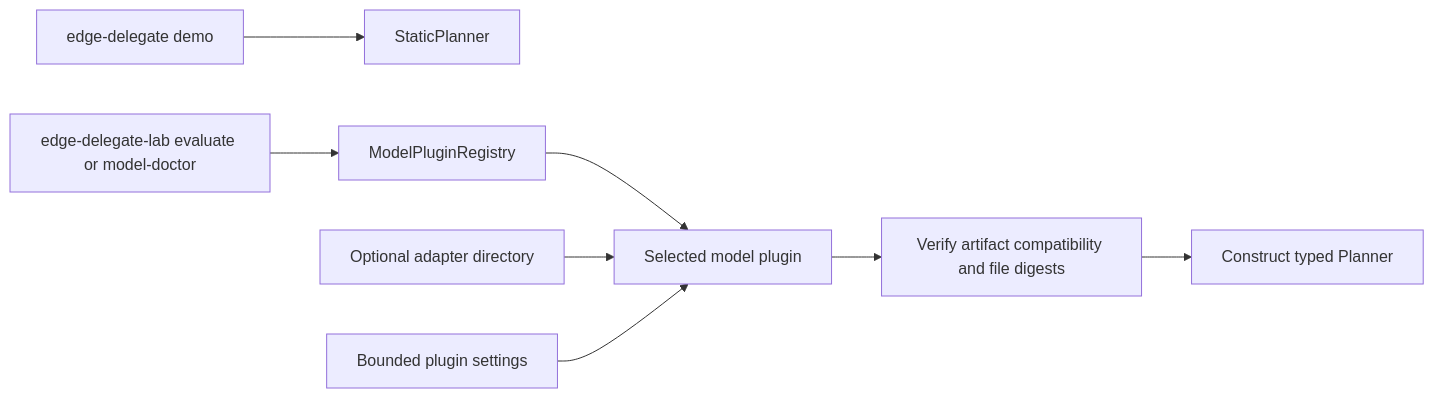
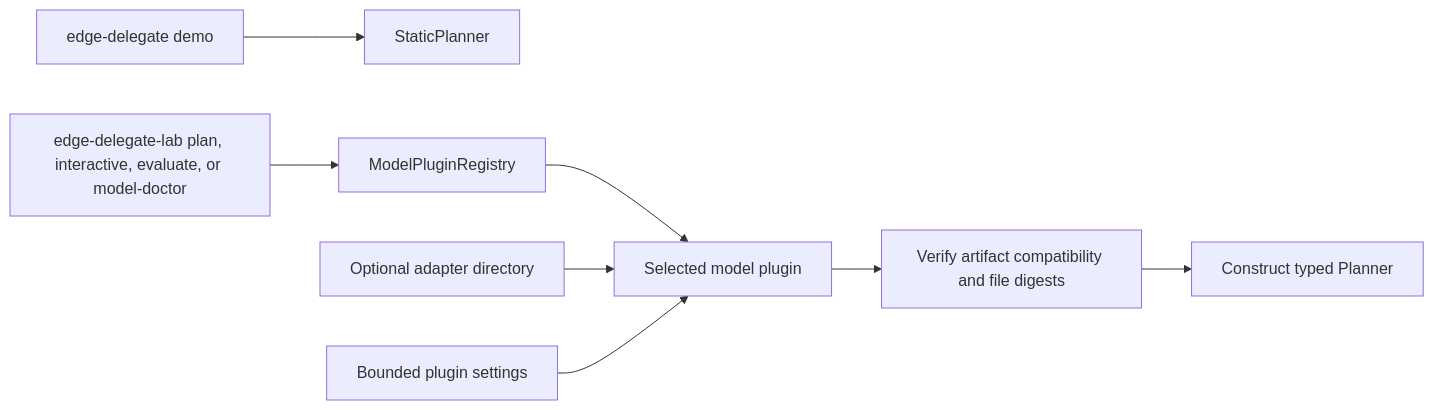
The first of 3 diagrams in docs/system-architecture.md (takuphilchan/edge-delegate), drawn with Mermaid before and after one commit. The commit also changed other lines of this file and 9 other files, not shown here.

First line of the commit message:
Add interactive model query client

````diff
--- a/docs/system-architecture.md
+++ b/docs/system-architecture.md
@@ -48,11 +48,11 @@
 ```mermaid
 flowchart LR
     Demo[edge-delegate demo] --> Static[StaticPlanner]
 
-    Lab[edge-delegate-lab evaluate or model-doctor] --> Registry[ModelPluginRegistry]
+    Lab[edge-delegate-lab plan, interactive, evaluate, or model-doctor] --> Registry[ModelPluginRegistry]
     Registry --> Plugin[Selected model plugin]
     Artifact[Optional adapter directory] --> Plugin
     Settings[Bounded plugin settings] --> Plugin
     Plugin --> Verify[Verify artifact compatibility and file digests]
     Verify --> Planner[Construct typed Planner]
 ```
````
